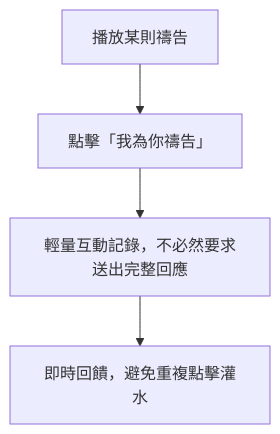
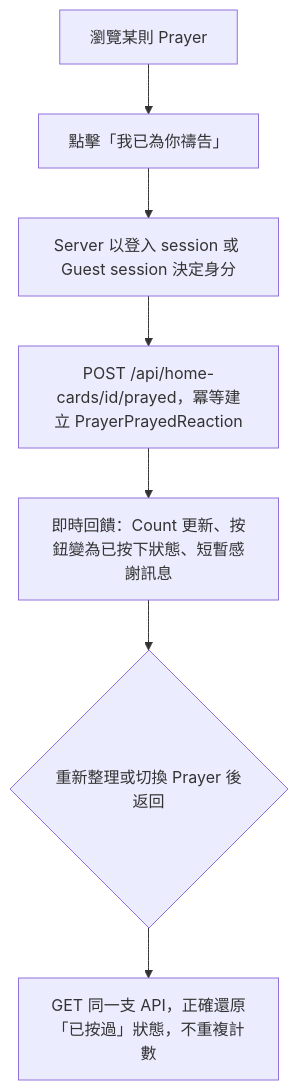
One commit to dan40912/Start-Pray changed diagram 12 of 13 in docs/obsidian/08-Target-User-Flows.md. Above: the diagram before and after it, drawn with Mermaid. The commit also changed other lines of this file and 21 other files, not shown here.

````diff
--- a/docs/obsidian/08-Target-User-Flows.md
+++ b/docs/obsidian/08-Target-User-Flows.md
@@ -114,6 +114,9 @@
 ```mermaid
 flowchart TD
-    A[播放某則禱告] --> B[點擊「我為你禱告」]
-    B --> C[輕量互動記錄，不必然要求送出完整回應]
-    C --> D[即時回饋，避免重複點擊灌水]
+    A[瀏覽某則 Prayer] --> B[點擊「我已為你禱告」]
+    B --> C[Server 以登入 session 或 Guest session 決定身分]
+    C --> D[POST /api/home-cards/id/prayed，冪等建立 PrayerPrayedReaction]
+    D --> E[即時回饋：Count 更新、按鈕變為已按下狀態、短暫感謝訊息]
+    E --> F{重新整理或切換 Prayer 後返回}
+    F --> G[GET 同一支 API，正確還原「已按過」狀態，不重複計數]
 ```
````
